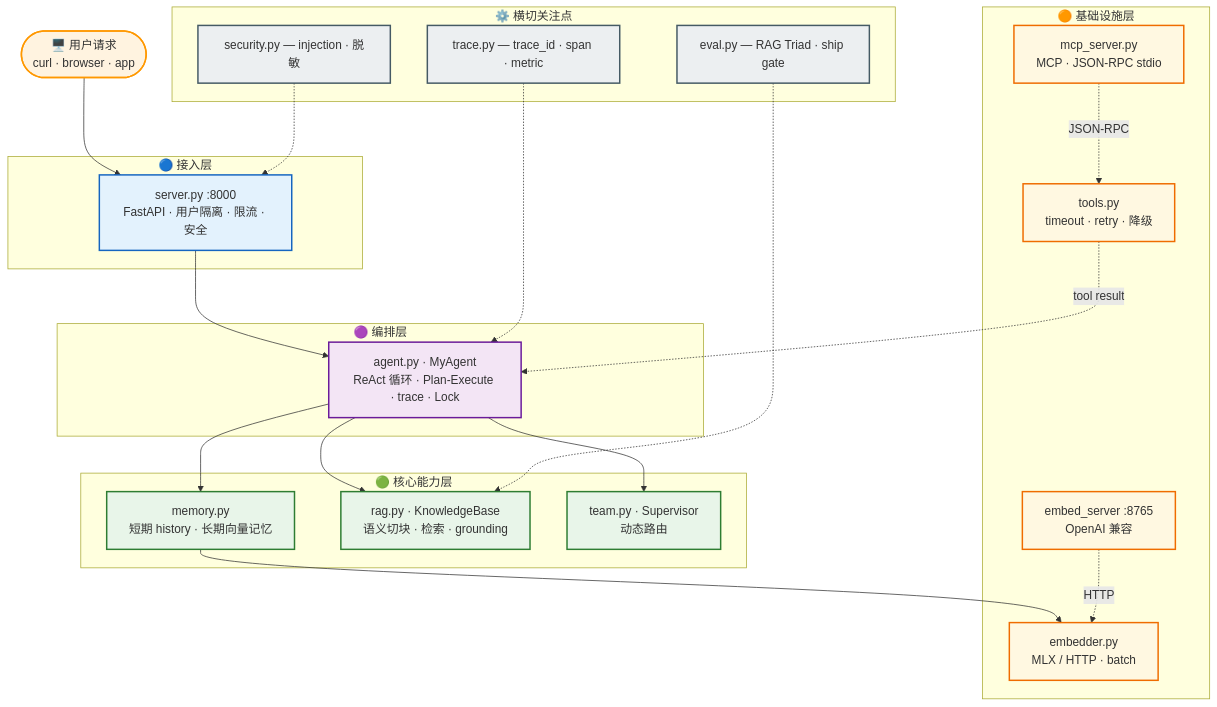
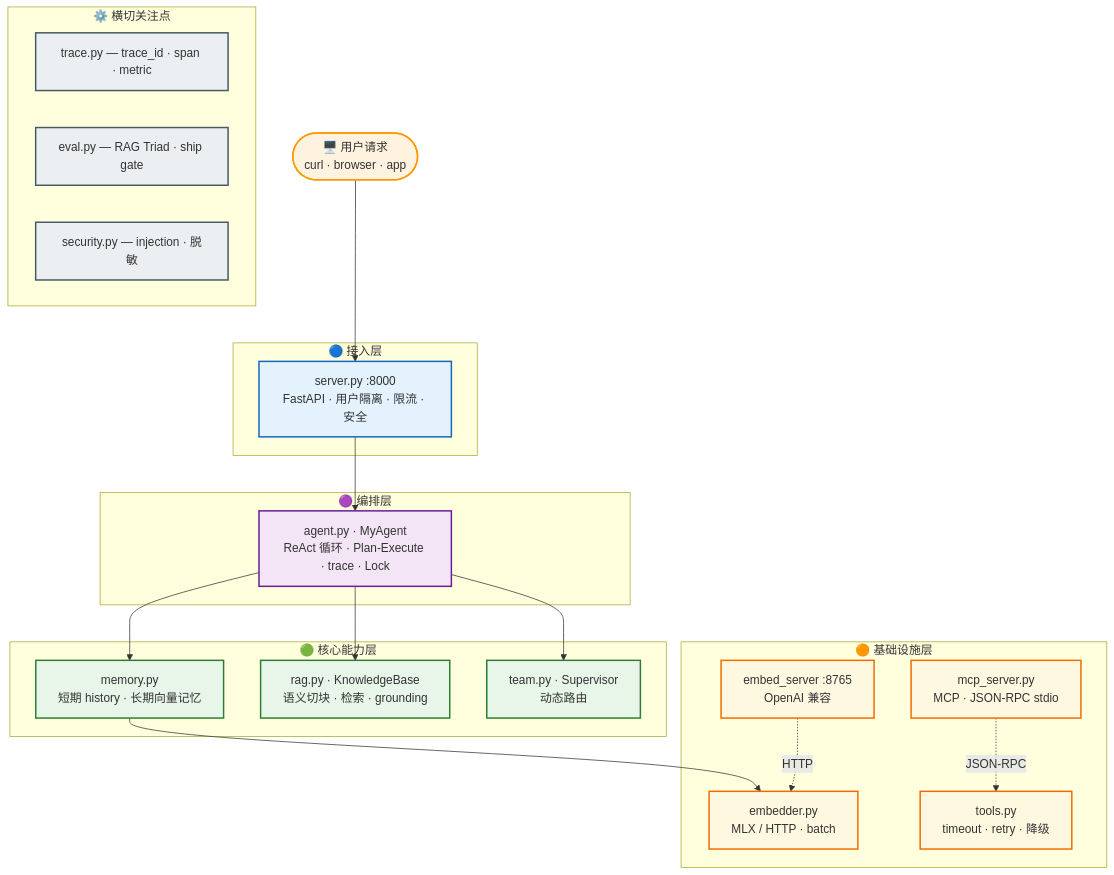
One commit to bucolicwalker-ops/teammate changed the first of 2 diagrams in README.md. Above: the diagram before and after it, drawn with Mermaid. The commit also changed other lines of this file, not shown here.

Commit message:
fix: Mermaid 兼容性 — 去除 & 多目标语法 + <small> 标签 + 回边

````diff
--- a/README.md
+++ b/README.md
@@ -9,49 +9,47 @@
 ```mermaid
 flowchart TD
     User(["🖥️ 用户请求<br/>curl · browser · app"]):::user
 
     subgraph S1["🔵 接入层"]
         Srv["server.py :8000<br/>FastAPI · 用户隔离 · 限流 · 安全"]:::access
     end
 
     subgraph S2["🟣 编排层"]
         Agent["agent.py · MyAgent<br/>ReAct 循环 · Plan-Execute · trace · Lock"]:::orch
     end
 
     subgraph S3["🟢 核心能力层"]
         Mem["memory.py<br/>短期 history · 长期向量记忆"]:::core
         RAG["rag.py · KnowledgeBase<br/>语义切块 · 检索 · grounding"]:::core
         Team["team.py · Supervisor<br/>动态路由"]:::core
     end
 
     subgraph S4["🟠 基础设施层"]
         Emb["embedder.py<br/>MLX / HTTP · batch"]:::infra
         EmbSrv["embed_server :8765<br/>OpenAI 兼容"]:::infra
         Tools["tools.py<br/>timeout · retry · 降级"]:::infra
         MCP["mcp_server.py<br/>MCP · JSON-RPC stdio"]:::infra
     end
 
     subgraph S5["⚙️ 横切关注点"]
         Trace["trace.py — trace_id · span · metric"]:::cross
         Eval["eval.py — RAG Triad · ship gate"]:::cross
         Sec["security.py — injection · 脱敏"]:::cross
     end
 
     User --> Srv
     Srv --> Agent
-    Agent --> Mem & RAG & Team
+    Agent --> Mem
+    Agent --> RAG
+    Agent --> Team
     Mem --> Emb
     EmbSrv -.->|HTTP| Emb
     MCP -.->|JSON-RPC| Tools
-    Tools -.->|tool result| Agent
-    Sec -.-> Srv
-    Trace -.-> Agent
-    Eval -.-> RAG
 
     classDef user fill:#fff3e0,stroke:#ff9800,stroke-width:2px,color:#333
     classDef access fill:#e3f2fd,stroke:#1565c0,stroke-width:2px,color:#333
     classDef orch fill:#f3e5f5,stroke:#6a1b9a,stroke-width:2px,color:#333
     classDef core fill:#e8f5e9,stroke:#2e7d32,stroke-width:2px,color:#333
     classDef infra fill:#fff8e1,stroke:#ef6c00,stroke-width:2px,color:#333
     classDef cross fill:#eceff1,stroke:#455a64,stroke-width:2px,color:#333
 ```
````
